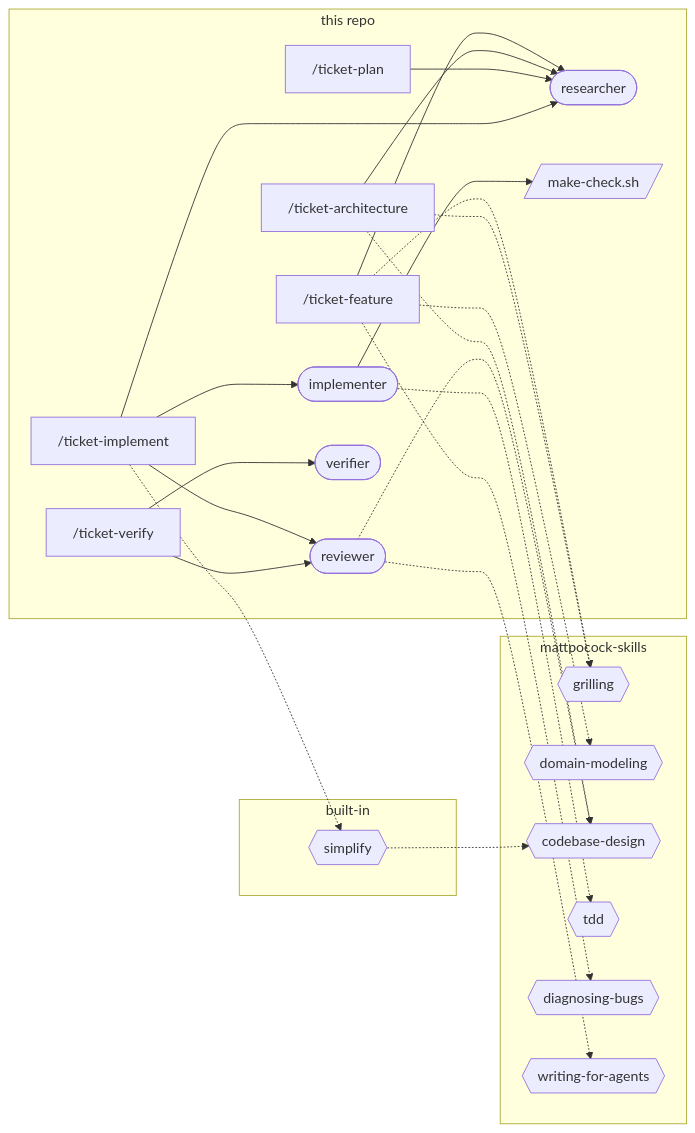
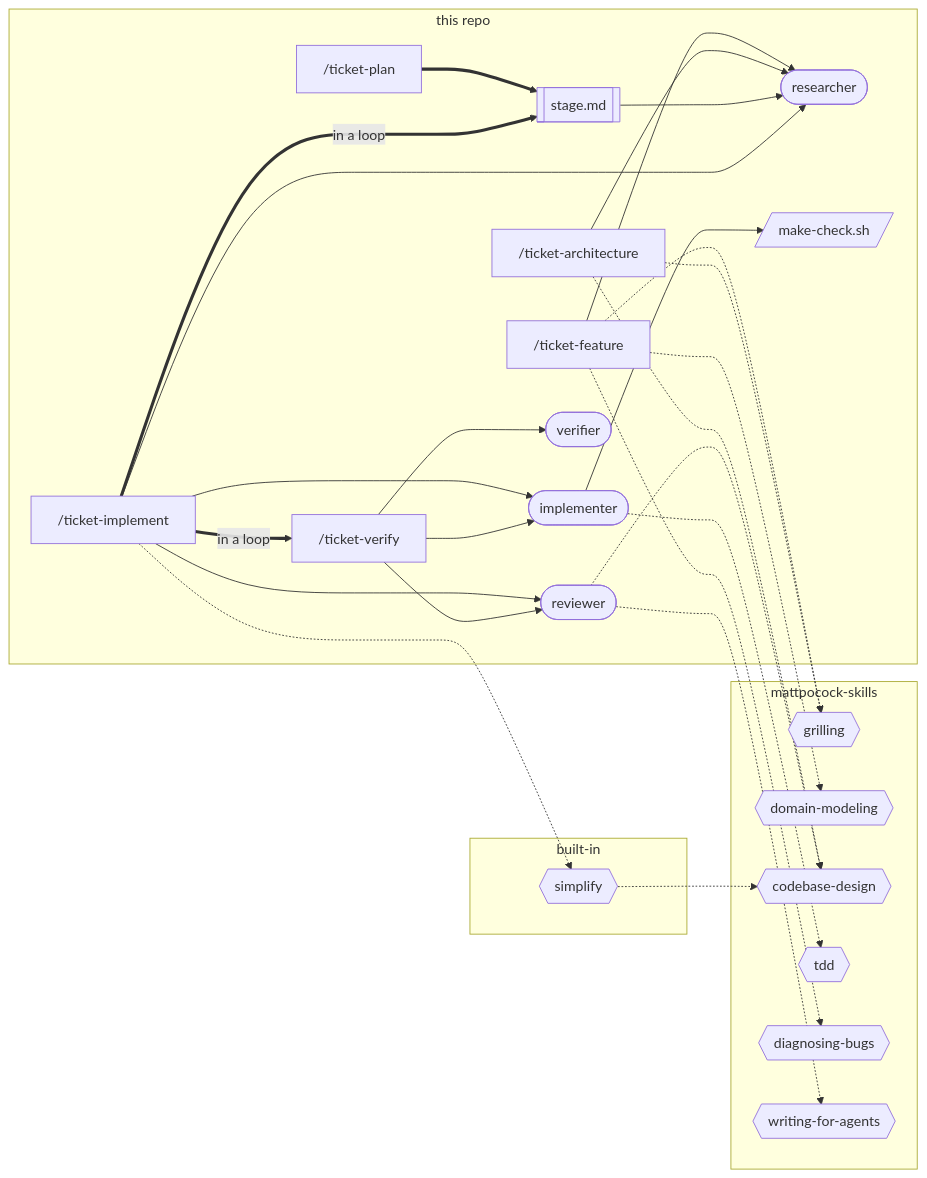
One commit to khotei/app-template changed the second of 3 diagrams in docs/knowledge/sdd.md. Above: the diagram before and after it, drawn with Mermaid. The commit also changed other lines of this file and 46 other files, not shown here.

````diff
--- a/docs/knowledge/sdd.md
+++ b/docs/knowledge/sdd.md
@@ -81,38 +144,42 @@
 ```mermaid
 graph LR
   subgraph ours [this repo]
     feature["/ticket-feature"]
     arch["/ticket-architecture"]
     plan["/ticket-plan"]
     impl["/ticket-implement"]
     verify["/ticket-verify"]
     researcher([researcher])
     implementer([implementer])
     reviewer([reviewer])
     verifier([verifier])
     hook[/make-check.sh/]
+    stagemd[[stage.md]]
   end
   subgraph plugin [mattpocock-skills]
     grilling{{grilling}}
     modeling{{domain-modeling}}
     design{{codebase-design}}
     tdd{{tdd}}
     diagnosing{{diagnosing-bugs}}
     writing{{writing-for-agents}}
   end
   subgraph builtin [built-in]
     simplify{{simplify}}
   end
   feature -.-> grilling & modeling & diagnosing
   feature --> researcher
   arch -.-> design & grilling
   arch --> researcher
-  plan --> researcher
+  plan ==> stagemd
+  stagemd --> researcher
   impl --> implementer & reviewer & researcher
+  impl ==>|in a loop| stagemd
+  impl ==>|in a loop| verify
   impl -.-> simplify
   simplify -.-> design
   implementer -.-> tdd
   implementer --> hook
-  verify --> verifier & reviewer
+  verify --> verifier & reviewer & implementer
   reviewer -.-> design & writing
 ```
````
